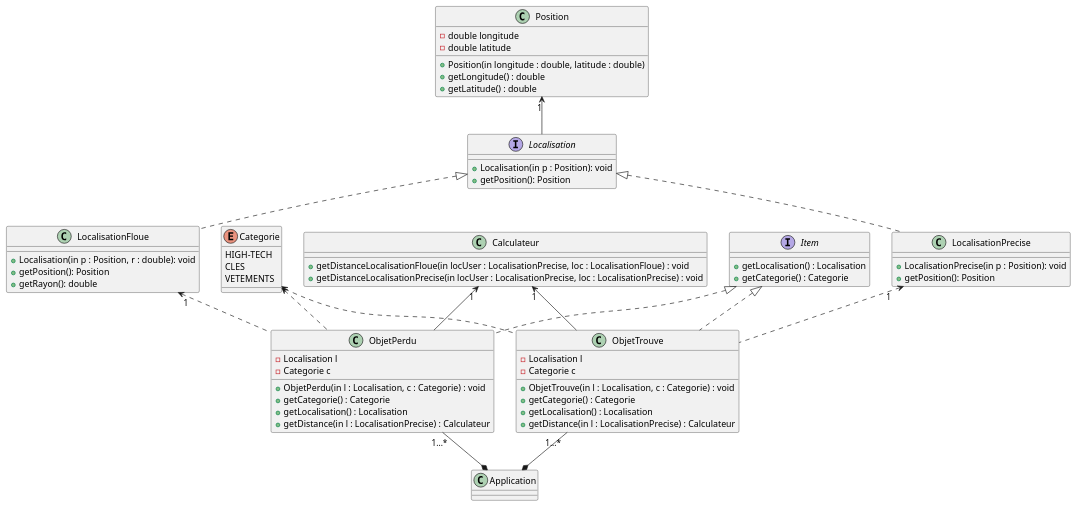
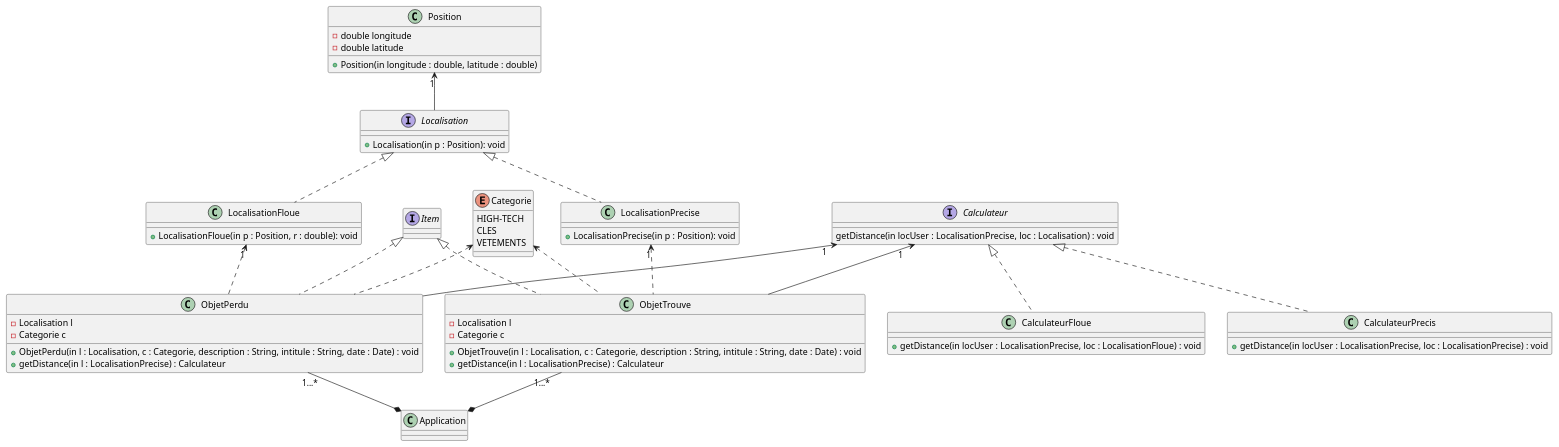
Before and after one commit to raphaelmeissonnier/Foundem_back_end: the diagram in cahier_des_specifications/model.puml, drawn with PlantUML. The commit also changed 7 other files, not shown here.

```diff
--- a/cahier_des_specifications/model.puml
+++ b/cahier_des_specifications/model.puml
@@ -1,86 +1,83 @@
 @startuml
 'https://plantuml.com/class-diagram
 
 class Application
 enum Categorie
 {
     HIGH-TECH
     CLES
     VETEMENTS
 }
-class Calculateur
+interface Calculateur
 {
-    +getDistanceLocalisationFloue(in locUser : LocalisationPrecise, loc : LocalisationFloue) : void
-    +getDistanceLocalisationPrecise(in locUser : LocalisationPrecise, loc : LocalisationPrecise) : void
+    getDistance(in locUser : LocalisationPrecise, loc : Localisation) : void
+}
+class CalculateurFloue
+{
+    +getDistance(in locUser : LocalisationPrecise, loc : LocalisationFloue) : void
+}
+class CalculateurPrecis
+{
+    +getDistance(in locUser : LocalisationPrecise, loc : LocalisationPrecise) : void
 }
 interface Item
 {
-    +getLocalisation() : Localisation
-    +getCategorie() : Categorie
 }
 class ObjetTrouve
 {
     -Localisation l
     -Categorie c
-    +ObjetTrouve(in l : Localisation, c : Categorie) : void
-    +getCategorie() : Categorie
-    +getLocalisation() : Localisation
+    +ObjetTrouve(in l : Localisation, c : Categorie, description : String, intitule : String, date : Date) : void
     +getDistance(in l : LocalisationPrecise) : Calculateur
 }
 class ObjetPerdu
 {
     -Localisation l
     -Categorie c
-    +ObjetPerdu(in l : Localisation, c : Categorie) : void
-    +getCategorie() : Categorie
-    +getLocalisation() : Localisation
+    +ObjetPerdu(in l : Localisation, c : Categorie, description : String, intitule : String, date : Date) : void
     +getDistance(in l : LocalisationPrecise) : Calculateur
 }
 class Position
 {
     - double longitude
     - double latitude
     + Position(in longitude : double, latitude : double)
-    + getLongitude() : double
-    + getLatitude() : double
 }
 interface Localisation
 {
     +Localisation(in p : Position): void
-    +getPosition(): Position
 }
 class LocalisationPrecise
 {
     +LocalisationPrecise(in p : Position): void
-    +getPosition(): Position
 }
 class LocalisationFloue
 {
-    +Localisation(in p : Position, r : double): void
-    +getPosition(): Position
-    +getRayon(): double
+    +LocalisationFloue(in p : Position, r : double): void
 }
 
 
 ObjetTrouve "1...*" --* Application
 ObjetPerdu "1...*" --* Application
 
 Categorie <.. ObjetTrouve
 Categorie <.. ObjetPerdu
 
 Item <|.. ObjetPerdu
 Item <|.. ObjetTrouve
 
-
 Localisation <|.. LocalisationPrecise
 Localisation <|.. LocalisationFloue
 
 LocalisationPrecise "1" <.. ObjetTrouve
 LocalisationFloue "1" <.. ObjetPerdu
 
 Position "1" <-- Localisation
 
 Calculateur "1" <-- ObjetTrouve
 Calculateur "1" <-- ObjetPerdu
 
+Calculateur <|.. CalculateurFloue
+Calculateur <|.. CalculateurPrecis
+
 @enduml
```
